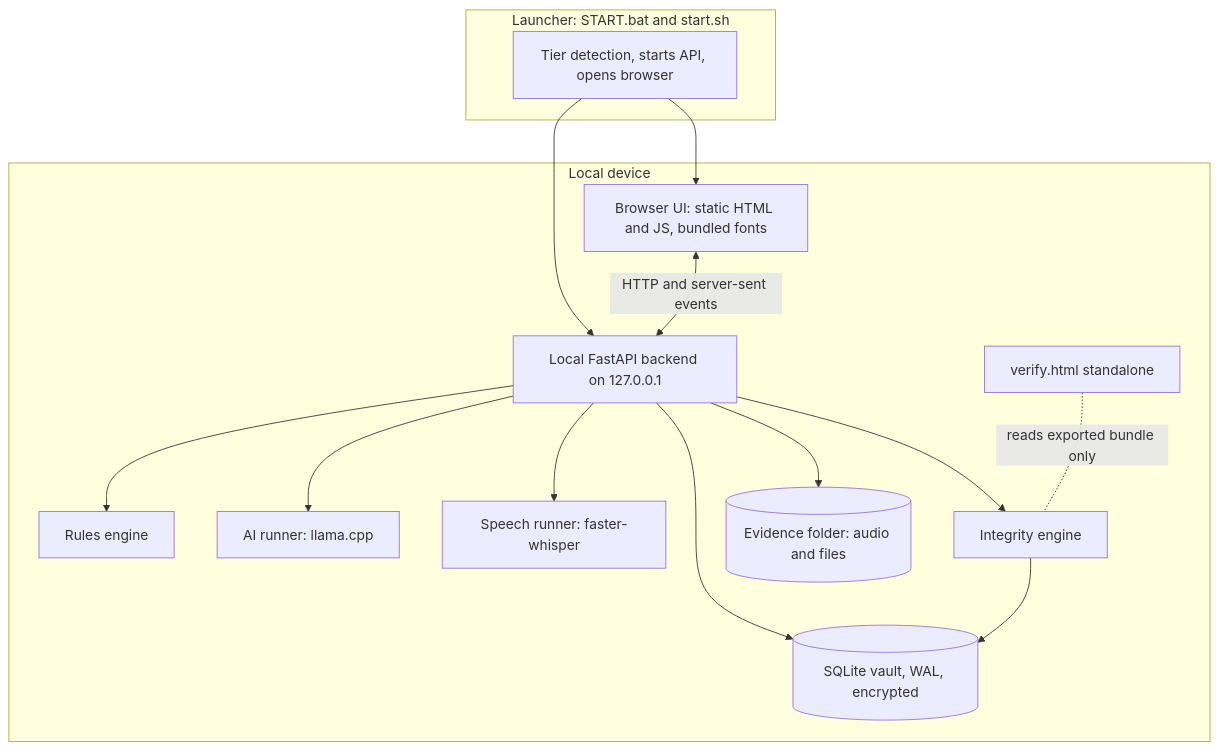
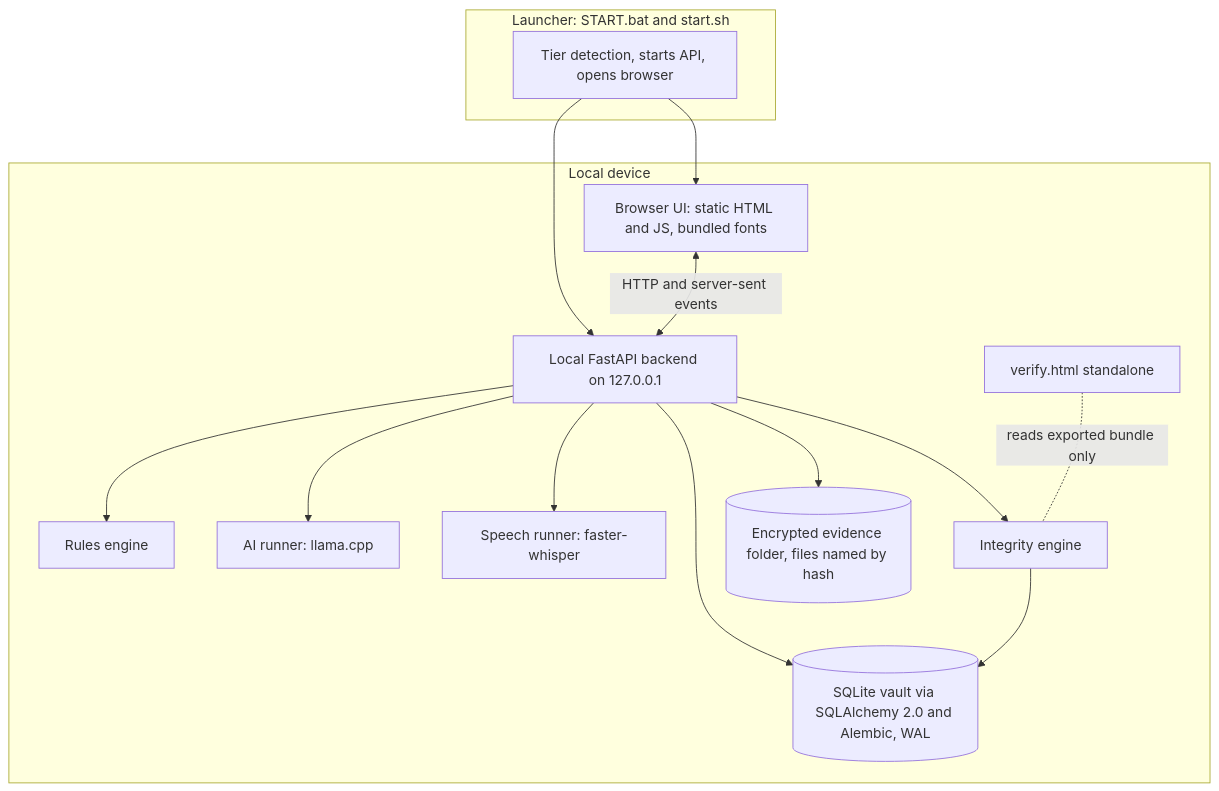
Before and after one commit to HARDIKSINGH150206/Veridoc: the second of 7 diagrams in docs/ARCHITECTURE.md, drawn with Mermaid. The commit also changed other lines of this file and 6 other files, not shown here.

Commit message:
docs: adopt SQLAlchemy 2.0 with Alembic and hash-named evidence files (ADR-021)

````diff
--- a/docs/ARCHITECTURE.md
+++ b/docs/ARCHITECTURE.md
@@ -31,28 +31,28 @@
 ```mermaid
 flowchart TB
   subgraph Launcher["Launcher: START.bat and start.sh"]
     L["Tier detection, starts API, opens browser"]
   end
   subgraph Device["Local device"]
     UI["Browser UI: static HTML and JS, bundled fonts"]
     API["Local FastAPI backend on 127.0.0.1"]
     RULES["Rules engine"]
     AI["AI runner: llama.cpp"]
     SPEECH["Speech runner: faster-whisper"]
     INT["Integrity engine"]
-    DB[("SQLite vault, WAL, encrypted")]
-    FILES[("Evidence folder: audio and files")]
+    DB[("SQLite vault via SQLAlchemy 2.0 and Alembic, WAL")]
+    FILES[("Encrypted evidence folder, files named by hash")]
     VPAGE["verify.html standalone"]
   end
   L --> API
   L --> UI
   UI <-->|"HTTP and server-sent events"| API
   API --> RULES
   API --> AI
   API --> SPEECH
   API --> INT
   API --> DB
   API --> FILES
   INT --> DB
   VPAGE -. "reads exported bundle only" .- INT
 ```
````
